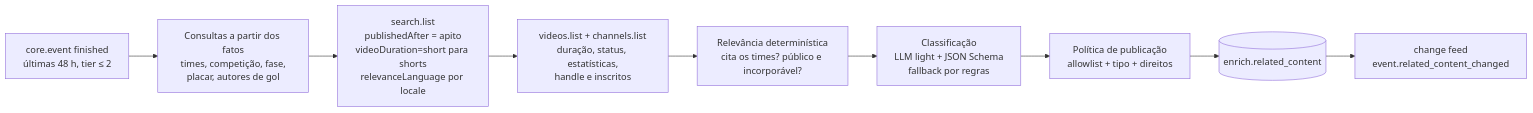
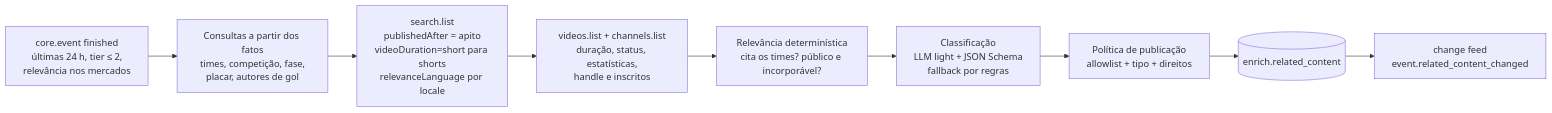
The diagram in docs/12-conteudo-relacionado.md (galaxie-works/galaxie-sports), drawn with Mermaid before and after one commit. The commit also changed other lines of this file and 18 other files, not shown here.

First line of the commit message:
feat(videos): relevância nos mercados, vídeos localizados por país, teto de vídeos e busca logo após o apito

````diff
--- a/docs/12-conteudo-relacionado.md
+++ b/docs/12-conteudo-relacionado.md
@@ -85,11 +85,11 @@
 ```mermaid
 flowchart LR
-  C[core.event finished<br/>últimas 48 h, tier ≤ 2] --> Q[Consultas a partir dos fatos<br/>times, competição, fase,<br/>placar, autores de gol]
+  C[core.event finished<br/>últimas 24 h, tier ≤ 2,<br/>relevância nos mercados] --> Q[Consultas a partir dos fatos<br/>times, competição, fase,<br/>placar, autores de gol]
   Q --> S[search.list<br/>publishedAfter = apito<br/>videoDuration=short para shorts<br/>relevanceLanguage por locale]
   S --> V[videos.list + channels.list<br/>duração, status, estatísticas,<br/>handle e inscritos]
   V --> R[Relevância determinística<br/>cita os times? público e incorporável?]
   R --> L[Classificação<br/>LLM light + JSON Schema<br/>fallback por regras]
   L --> P[Política de publicação<br/>allowlist + tipo + direitos]
   P --> DB[(enrich.related_content)]
   DB --> CF[change feed<br/>event.related_content_changed]
 ```
````
